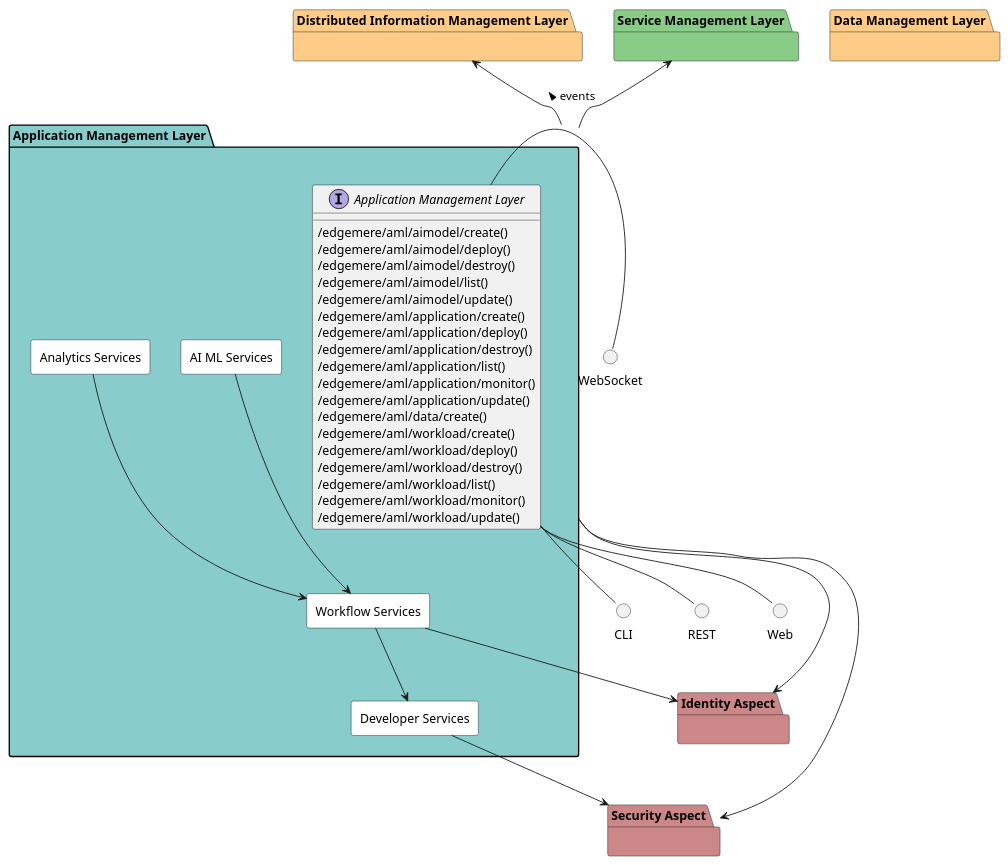
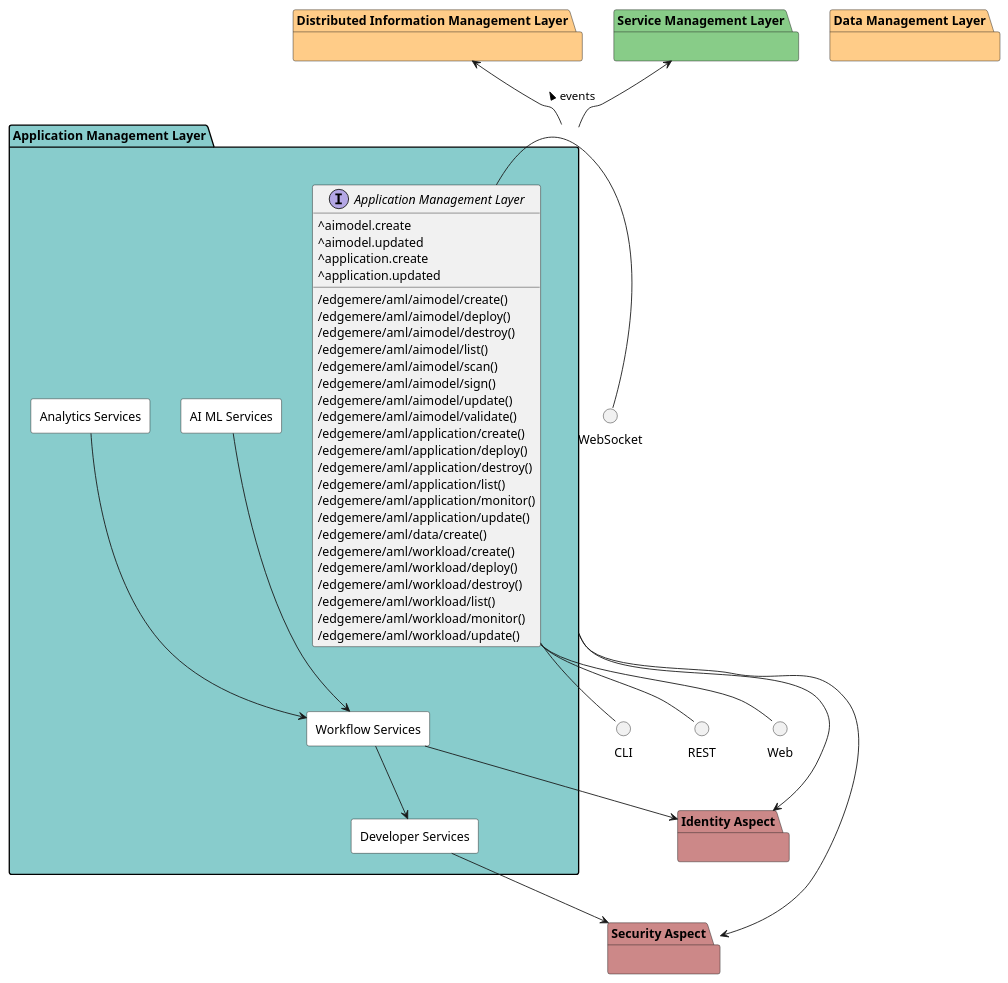
One commit to madajaju/edgemere changed the diagram in docs/edgemere/aml/subpackage.puml. Above: the diagram before and after it, drawn with PlantUML. The commit also changed 909 other files, not shown here.

```diff
--- a/docs/edgemere/aml/subpackage.puml
+++ b/docs/edgemere/aml/subpackage.puml
@@ -1,102 +1,109 @@
 @startuml
 
 
 package "Distributed Information Management Layer" #ffcc88 {
 
 }
 
 package "Service Management Layer" #88cc88 {
 
 }
 
 package "Security Aspect" #cc8888 {
 
 }
 
 package "Identity Aspect" #cc8888 {
 
 }
 
 package "Application Management Layer" #88cccc {
 
 }
 
 package "Data Management Layer" #ffcc88 {
 
 }
 
 
 package "Application Management Layer" #88cccc {
 
     interface "Application Management Layer" as i {
+            ^aimodel.create
+            ^aimodel.updated
+            ^application.create
+            ^application.updated
     
             /edgemere/aml/aimodel/create()
             /edgemere/aml/aimodel/deploy()
             /edgemere/aml/aimodel/destroy()
             /edgemere/aml/aimodel/list()
+            /edgemere/aml/aimodel/scan()
+            /edgemere/aml/aimodel/sign()
             /edgemere/aml/aimodel/update()
+            /edgemere/aml/aimodel/validate()
             /edgemere/aml/application/create()
             /edgemere/aml/application/deploy()
             /edgemere/aml/application/destroy()
             /edgemere/aml/application/list()
             /edgemere/aml/application/monitor()
             /edgemere/aml/application/update()
             /edgemere/aml/data/create()
             /edgemere/aml/workload/create()
             /edgemere/aml/workload/deploy()
             /edgemere/aml/workload/destroy()
             /edgemere/aml/workload/list()
             /edgemere/aml/workload/monitor()
             /edgemere/aml/workload/update()
     
     }
 }
 
 circle REST
 circle Web
 circle CLI
 circle WebSocket
 
 i -down- Web
 i -down- CLI
 i -down- REST
 WebSocket -left- i: events >
 
 package "Application Management Layer" #88cccc {
 
 
 rectangle "AI ML Services" #white {
 }
 
 rectangle "Analytics Services" #white {
 }
 
 rectangle "Developer Services" #white {
 }
 
 rectangle "Workflow Services" #white {
 }
 
     "AI ML Services" --> "Workflow Services"
     
     "Analytics Services" --> "Workflow Services"
     
     "Developer Services" --> "Security Aspect"
     
     "Workflow Services" --> "Developer Services"
     
     "Workflow Services" --> "Identity Aspect"
     
 }
 
 
     "Distributed Information Management Layer" <-- "Application Management Layer"
 
     "Service Management Layer" <-- "Application Management Layer"
 
     "Security Aspect" <-- "Application Management Layer"
 
     "Identity Aspect" <-- "Application Management Layer"
 
 
 @enduml
```
